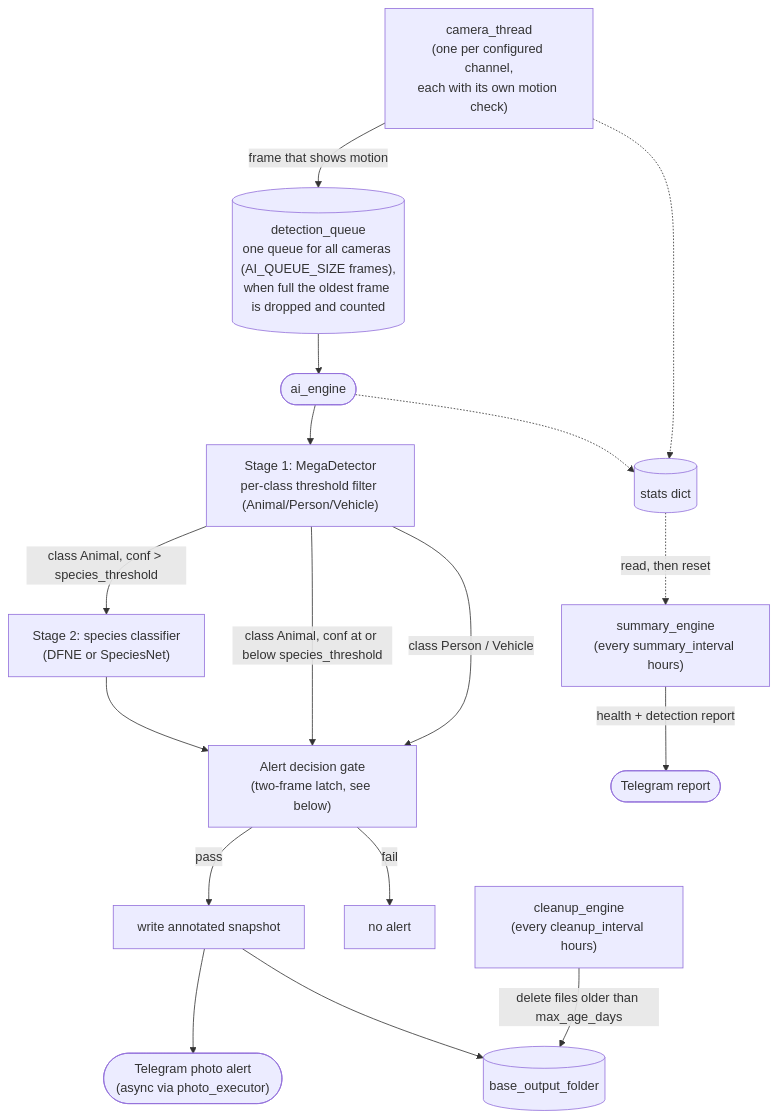
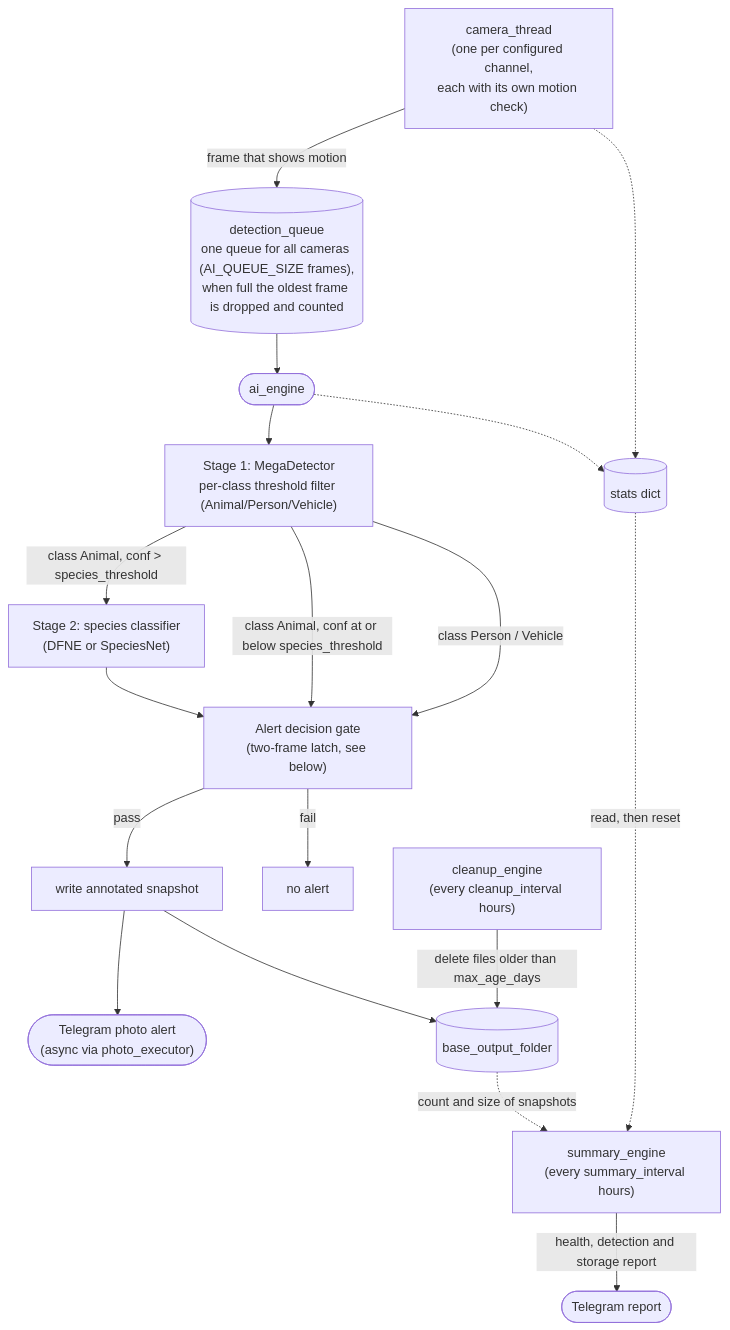
One commit to maximkonovalov/animalscatcher changed the first of 2 diagrams in README.md. Above: the diagram before and after it, drawn with Mermaid. The commit also changed other lines of this file and 2 other files, not shown here.

First line of the commit message:
Describe the summary's STORAGE block

````diff
--- a/README.md
+++ b/README.md
@@ -383,26 +384,27 @@
 ```mermaid
 flowchart TD
     C["camera_thread<br/>(one per configured channel,<br/>each with its own motion check)"] -->|frame that shows motion| Q
 
     Q[("detection_queue<br/>one queue for all cameras (AI_QUEUE_SIZE frames),<br/>when full the oldest frame is dropped and counted")] --> AI(["ai_engine"])
 
     AI --> MD["Stage 1: MegaDetector<br/>per-class threshold filter (Animal/Person/Vehicle)"]
     MD -->|"class Animal, conf > species_threshold"| SC["Stage 2: species classifier<br/>(DFNE or SpeciesNet)"]
     MD -->|"class Animal, conf at or below species_threshold"| Gate
     MD -->|"class Person / Vehicle"| Gate
     SC --> Gate["Alert decision gate<br/>(two-frame latch, see below)"]
 
     Gate -->|pass| Snap["write annotated snapshot"]
     Gate -->|fail| NoOp["no alert"]
     Snap --> TG(["Telegram photo alert<br/>(async via photo_executor)"])
     Snap --> Out[("base_output_folder")]
 
     Stats[("stats dict")]
     C -.-> Stats
     AI -.-> Stats
 
-    Sum["summary_engine<br/>(every summary_interval hours)"] -->|health + detection report| TG2(["Telegram report"])
+    Sum["summary_engine<br/>(every summary_interval hours)"] -->|health, detection and storage report| TG2(["Telegram report"])
     Stats -.->|read, then reset| Sum
+    Out -.->|count and size of snapshots| Sum
 
     Clean["cleanup_engine<br/>(every cleanup_interval hours)"] -->|delete files older than max_age_days| Out
 ```
````
